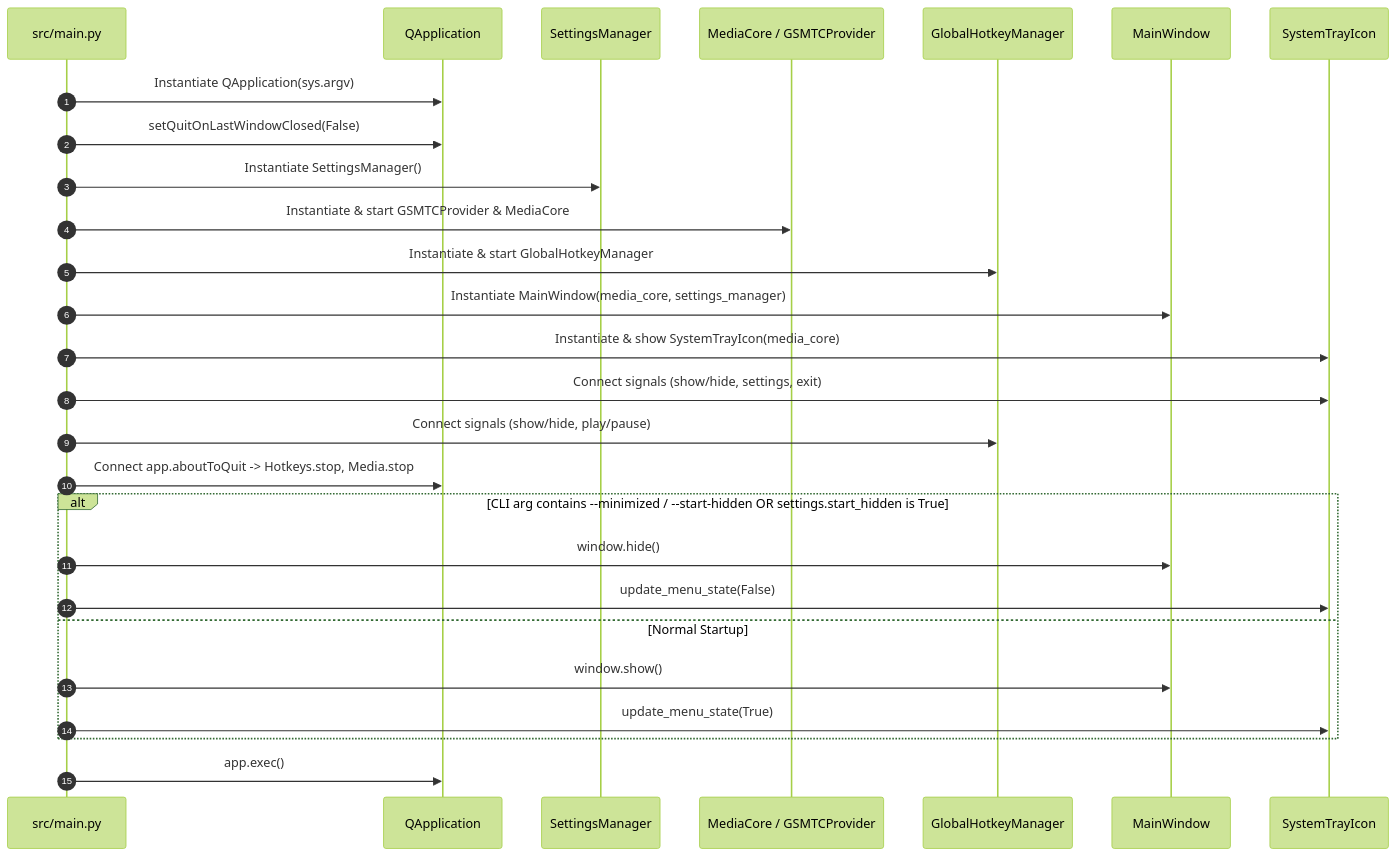
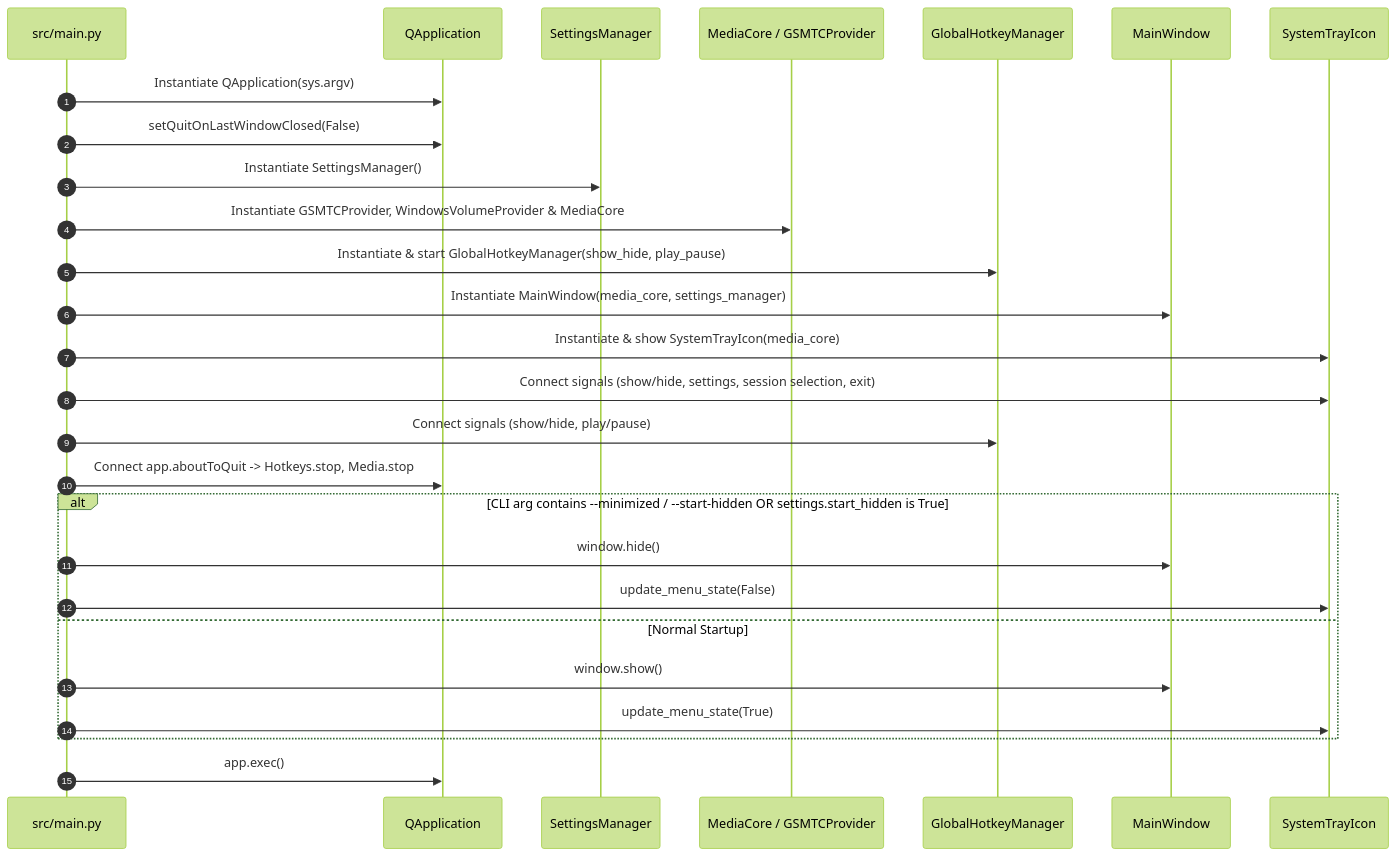
One commit to krishnagarg-2004/Mediadock changed the second of 2 diagrams in docs/architecture.md. Above: the diagram before and after it, drawn with Mermaid (forest theme). The commit also changed other lines of this file and 3 other files, not shown here.

````diff
--- a/docs/architecture.md
+++ b/docs/architecture.md
@@ -147,33 +119,33 @@
 ```mermaid
 sequenceDiagram
     autonumber
     participant Main as src/main.py
     participant App as QApplication
     participant Settings as SettingsManager
     participant Media as MediaCore / GSMTCProvider
     participant Hotkeys as GlobalHotkeyManager
     participant UI as MainWindow
     participant Tray as SystemTrayIcon
 
     Main->>App: Instantiate QApplication(sys.argv)
     Main->>App: setQuitOnLastWindowClosed(False)
     Main->>Settings: Instantiate SettingsManager()
-    Main->>Media: Instantiate & start GSMTCProvider & MediaCore
-    Main->>Hotkeys: Instantiate & start GlobalHotkeyManager
+    Main->>Media: Instantiate GSMTCProvider, WindowsVolumeProvider & MediaCore
+    Main->>Hotkeys: Instantiate & start GlobalHotkeyManager(show_hide, play_pause)
     Main->>UI: Instantiate MainWindow(media_core, settings_manager)
     Main->>Tray: Instantiate & show SystemTrayIcon(media_core)
 
-    Main->>Tray: Connect signals (show/hide, settings, exit)
+    Main->>Tray: Connect signals (show/hide, settings, session selection, exit)
     Main->>Hotkeys: Connect signals (show/hide, play/pause)
     Main->>App: Connect app.aboutToQuit -> Hotkeys.stop, Media.stop
 
     alt CLI arg contains --minimized / --start-hidden OR settings.start_hidden is True
         Main->>UI: window.hide()
         Main->>Tray: update_menu_state(False)
     else Normal Startup
         Main->>UI: window.show()
         Main->>Tray: update_menu_state(True)
     end
 
     Main->>App: app.exec()
 ```
````
